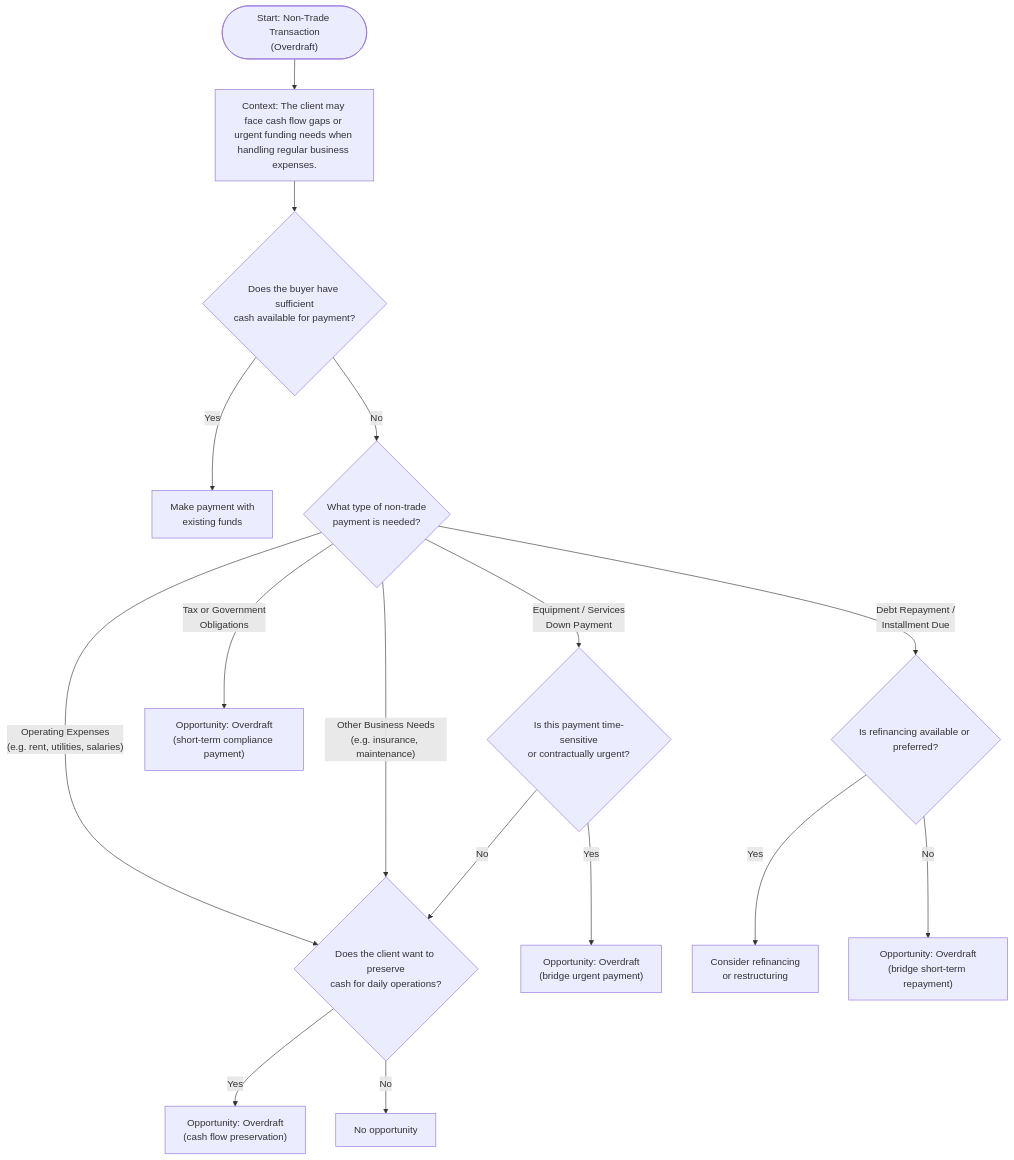
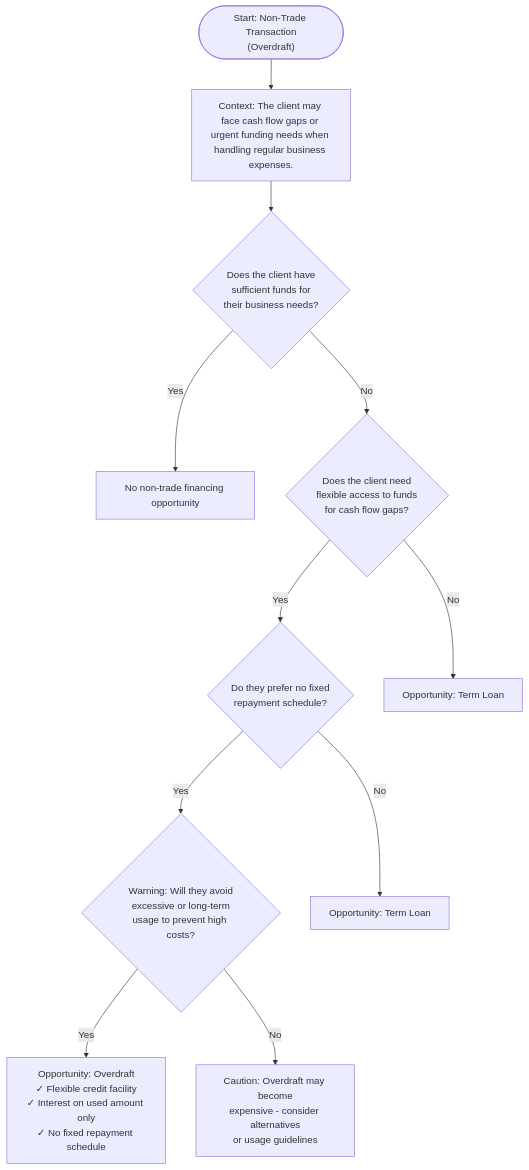
Before and after one commit to sage-develop/why: the diagram in tvc_decision_trees/loan_non_trade_tree.md/overdraft_tree.md, drawn with Mermaid. The commit also changed 1 other file, not shown here.

Commit message:
update two overdraft trees

````diff
--- a/tvc_decision_trees/loan_non_trade_tree.md/overdraft_tree.md
+++ b/tvc_decision_trees/loan_non_trade_tree.md/overdraft_tree.md
@@ -25,18 +25,13 @@
 ```mermaid
 flowchart TD
     Start(["Start: Non-Trade Transaction<br>(Overdraft)"]) --> Context["Context: The client may face cash flow gaps or urgent funding needs when handling regular business expenses."]
-    Context --> Q1{"Does the buyer have sufficient<br>cash available for payment?"}
-    Q1 -- Yes --> End1["Make payment with<br>existing funds"]
-    Q1 -- No --> Q2{"What type of non-trade<br>payment is needed?"}
-    Q2 -- Equipment / Services<br>Down Payment --> Q3{"Is this payment time-sensitive<br>or contractually urgent?"}
-    Q2 -- "Operating Expenses<br>(e.g. rent, utilities, salaries)" --> Q4{"Does the client want to preserve<br>cash for daily operations?"}
-    Q2 -- Tax or Government<br>Obligations --> P1["Opportunity: Overdraft<br>(short-term compliance payment)"]
-    Q2 -- Debt Repayment /<br>Installment Due --> Q5{"Is refinancing available or preferred?"}
-    Q2 -- "Other Business Needs<br>(e.g. insurance, maintenance)" --> Q4
-    Q3 -- Yes --> P1a["Opportunity: Overdraft<br>(bridge urgent payment)"]
-    Q3 -- No --> Q4
-    Q4 -- Yes --> P2["Opportunity: Overdraft<br>(cash flow preservation)"]
-    Q4 -- No --> End2["No opportunity<br>"]
-    Q5 -- Yes --> End3["Consider refinancing<br>or restructuring"]
-    Q5 -- No --> P1b["Opportunity: Overdraft<br>(bridge short-term repayment)"]
+    Context --> Q0{"Does the client have<br>sufficient funds for<br>their business needs?"}
+    Q0 -- Yes --> NoLoan["No non-trade financing opportunity"]
+    Q0 -- No --> Q1{"Does the client need<br>flexible access to funds<br>for cash flow gaps?"}
+    Q1 -- Yes --> Q2{"Do they prefer no fixed<br>repayment schedule?"}
+    Q1 -- No --> NotSuitable1["Opportunity: Term Loan<br>"]
+    Q2 -- Yes --> Warning{"Warning: Will they avoid<br>excessive or long-term<br>usage to prevent high costs?"}
+    Q2 -- No --> NotSuitable2["Opportunity: Term Loan<br>"]
+    Warning -- Yes --> Overdraft["Opportunity: Overdraft<br>✓ Flexible credit facility<br>✓ Interest on used amount only<br>✓ No fixed repayment schedule"]
+    Warning -- No --> Caution["Caution: Overdraft may become<br>expensive - consider alternatives<br>or usage guidelines"]
 ```
````
